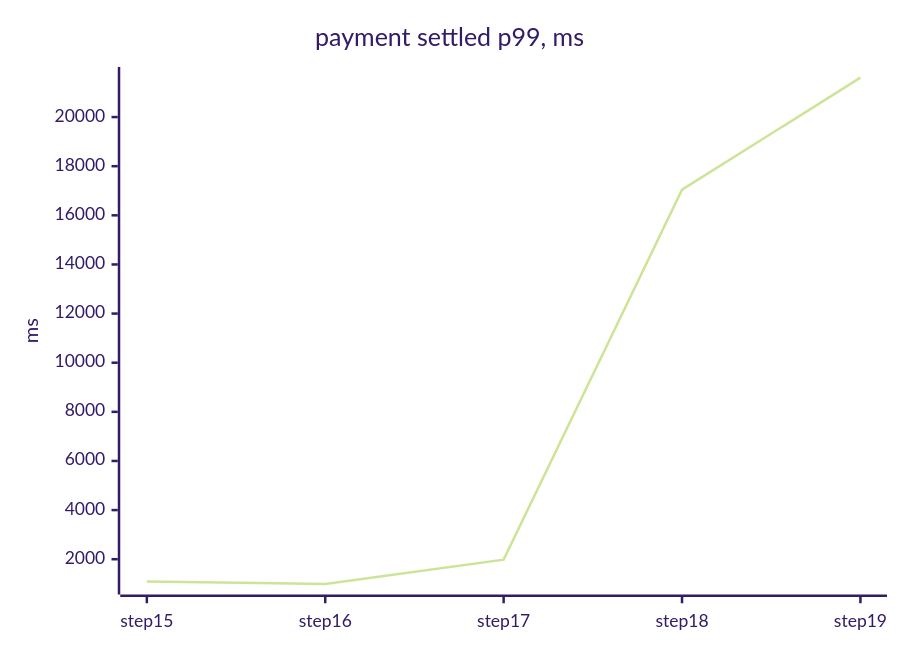
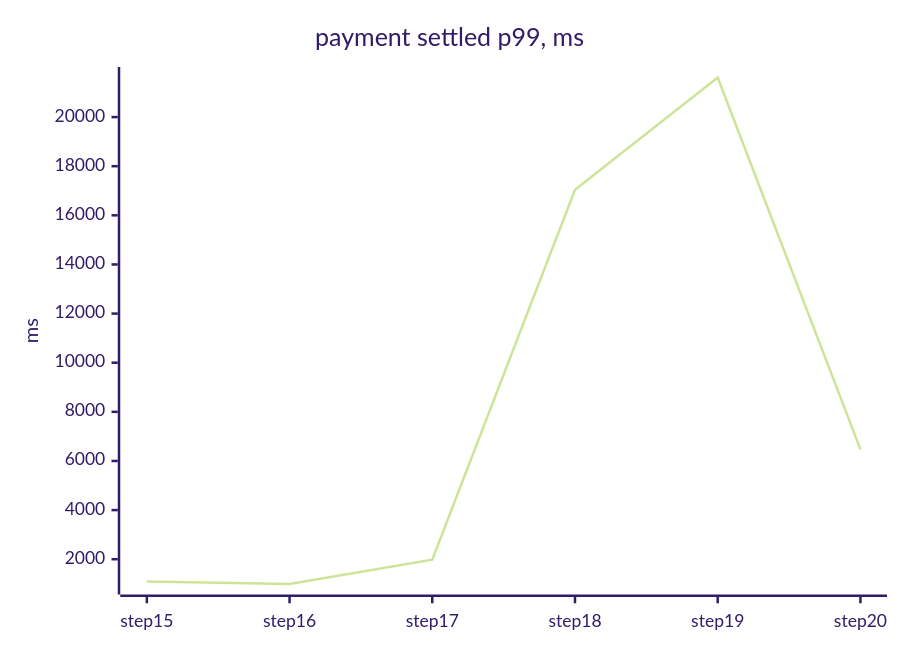
The fourth of 4 diagrams in docs/perf/README.md (tanvoid0/ledgerflow), drawn with Mermaid (forest theme) before and after one commit. The commit also changed other lines of this file and 8 other files, not shown here.

````diff
--- a/docs/perf/README.md
+++ b/docs/perf/README.md
@@ -93,7 +96,7 @@
 ```mermaid
 xychart-beta
     title "payment settled p99, ms"
-    x-axis ["step15", "step16", "step17", "step18", "step19"]
+    x-axis ["step15", "step16", "step17", "step18", "step19", "step20"]
     y-axis "ms"
-    line [1088, 996, 1982, 17042, 21606]
+    line [1088, 996, 1982, 17042, 21606, 6472]
 ```
````
